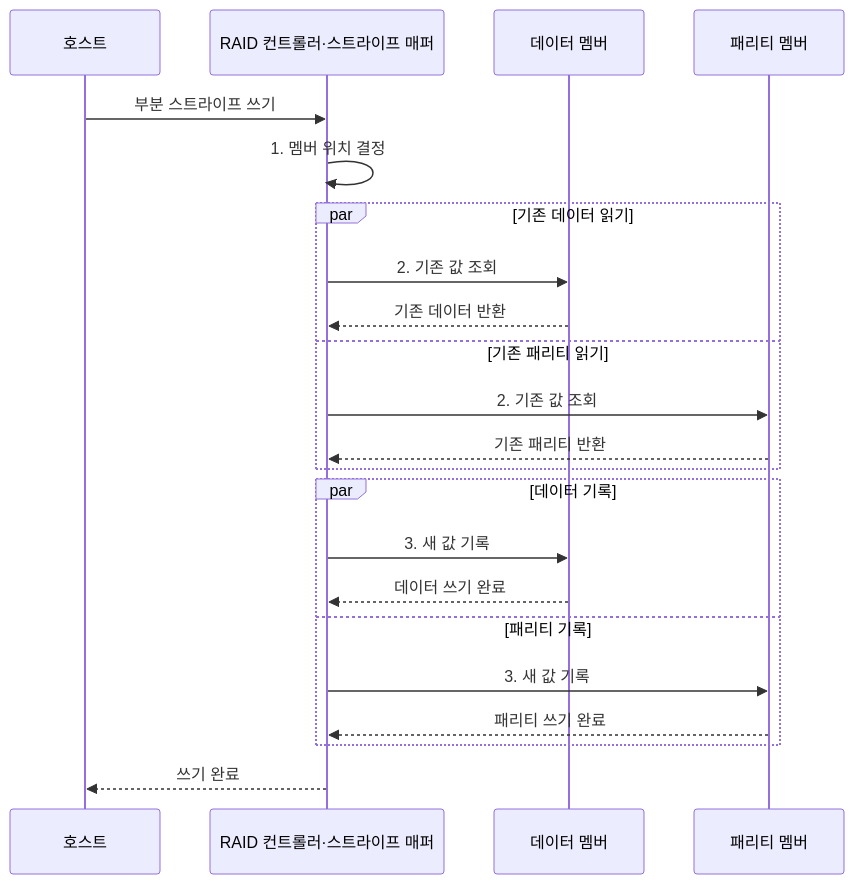
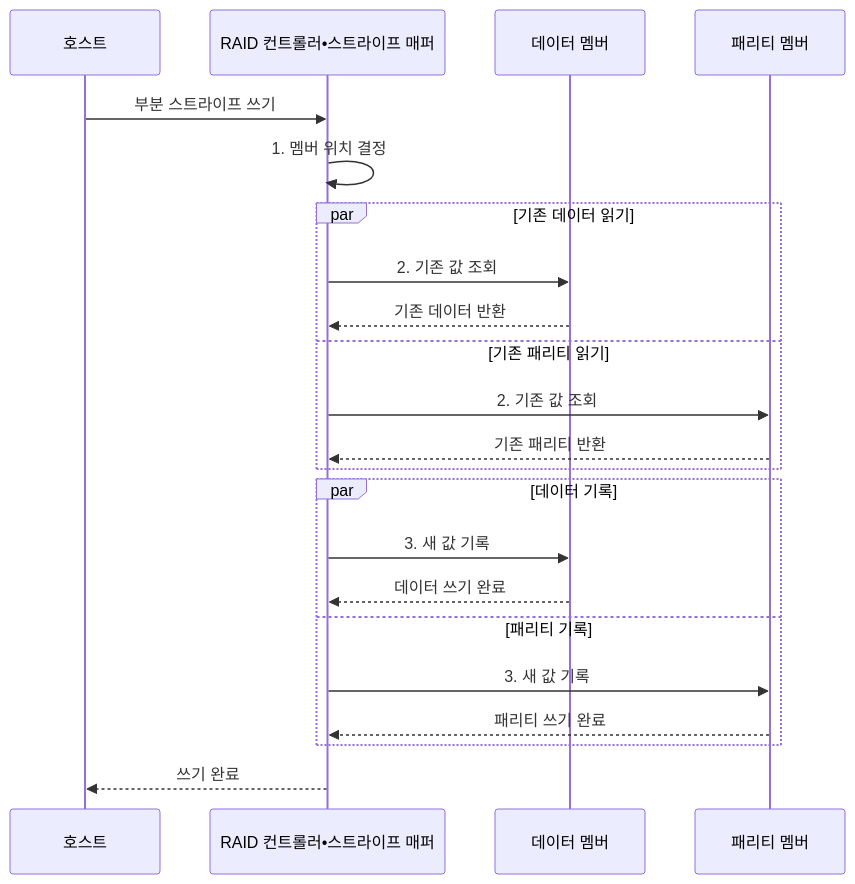
One commit to agnusdei1207/knowledge-base changed the second of 2 diagrams in src/content/docs/notes/02-hardware/032_raid_levels.md. Above: the diagram before and after it, drawn with Mermaid. The commit also changed other lines of this file and 953 other files, not shown here.

````diff
--- a/src/content/docs/notes/02-hardware/032_raid_levels.md
+++ b/src/content/docs/notes/02-hardware/032_raid_levels.md
@@ -104,25 +104,25 @@
 ```mermaid
 sequenceDiagram
     participant H as 호스트
-    participant C as RAID 컨트롤러·스트라이프 매퍼
+    participant C as RAID 컨트롤러•스트라이프 매퍼
     participant D as 데이터 멤버
     participant P as 패리티 멤버
 
     H->>C: 부분 스트라이프 쓰기
     C->>C: 1. 멤버 위치 결정
     par 기존 데이터 읽기
         C->>D: 2. 기존 값 조회
         D-->>C: 기존 데이터 반환
     and 기존 패리티 읽기
         C->>P: 2. 기존 값 조회
         P-->>C: 기존 패리티 반환
     end
     par 데이터 기록
         C->>D: 3. 새 값 기록
         D-->>C: 데이터 쓰기 완료
     and 패리티 기록
         C->>P: 3. 새 값 기록
         P-->>C: 패리티 쓰기 완료
     end
     C-->>H: 쓰기 완료
 ```
````
